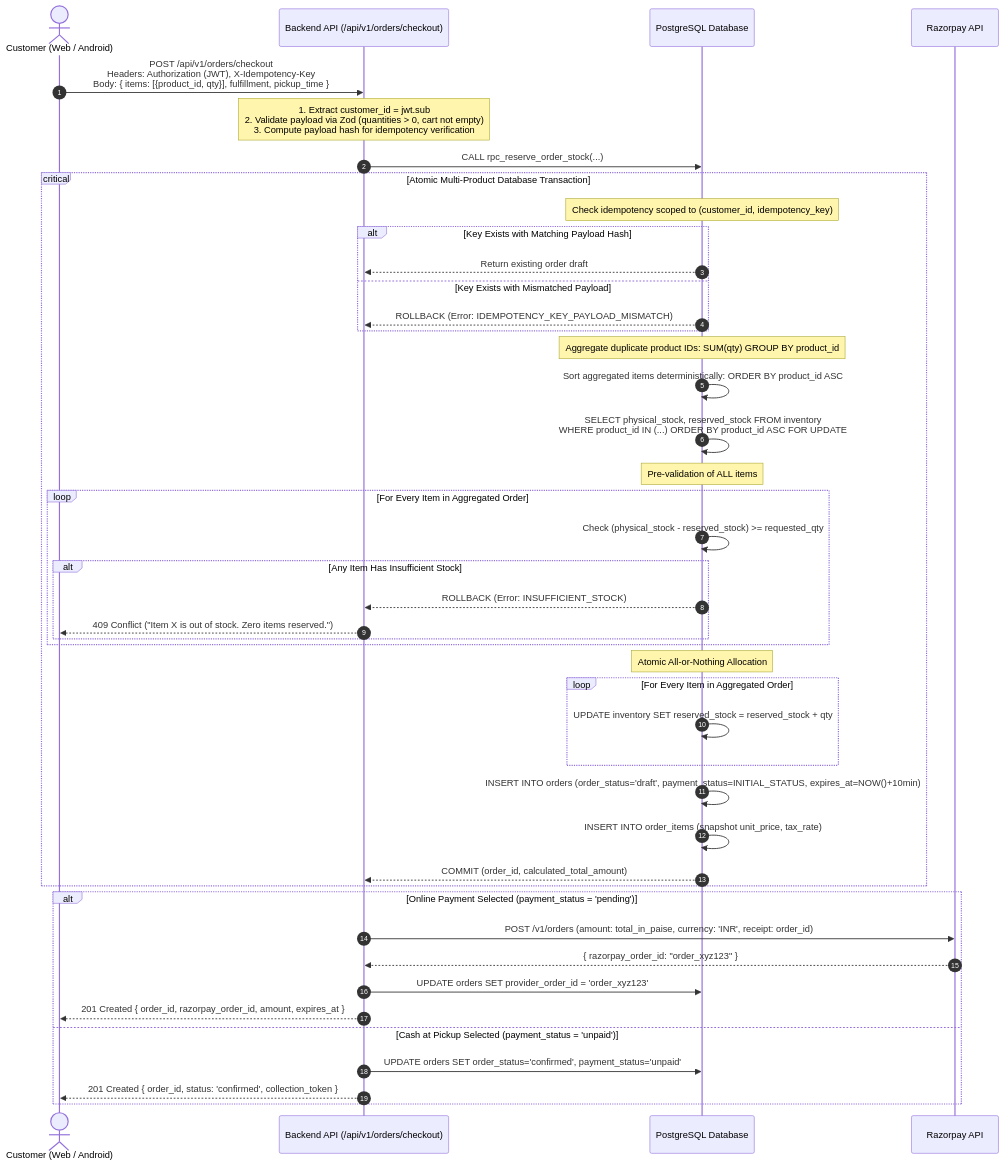
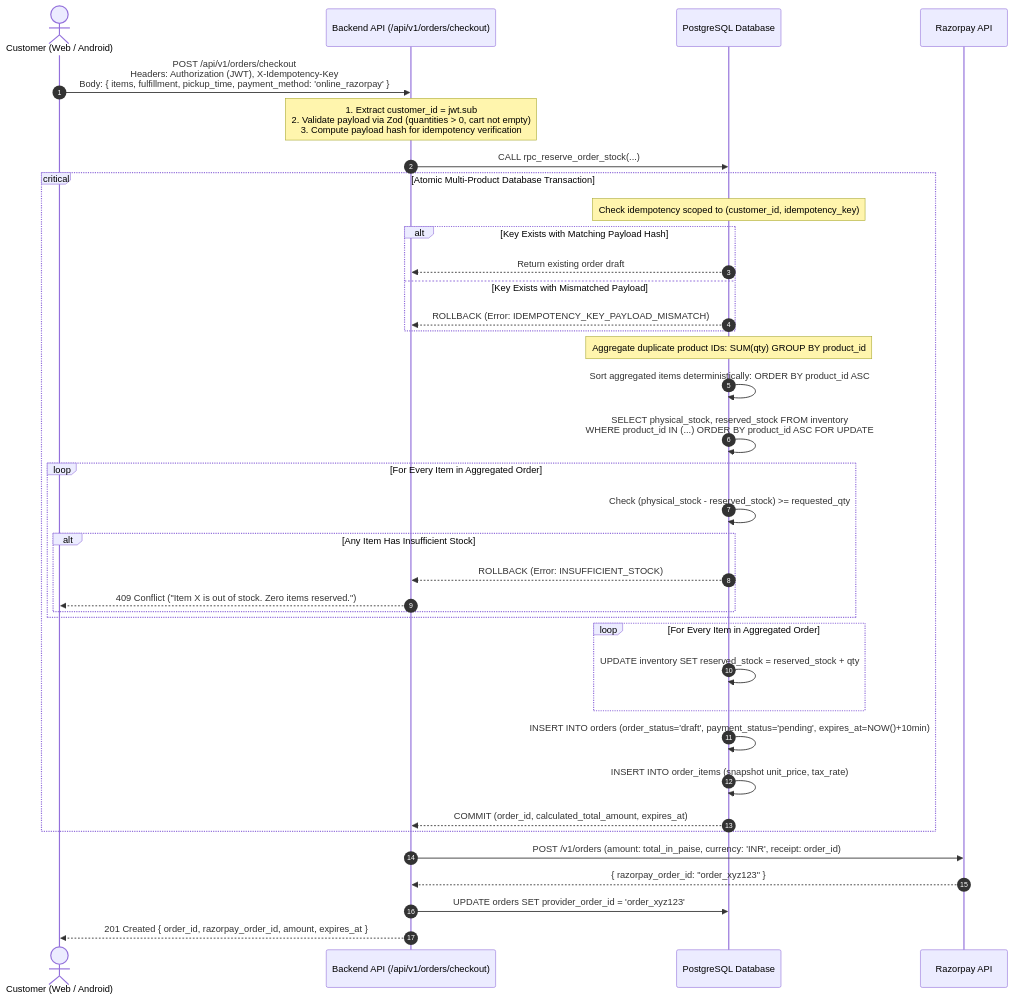
One commit to AbhinavKumar36/orange changed the second of 7 diagrams in docs/phase-0/SYSTEM_ARCHITECTURE.md. Above: the diagram before and after it, drawn with Mermaid. The commit also changed other lines of this file and 9 other files, not shown here.

First line of the commit message:
docs(phase-0): finalize architecture consistency, separated lifecycles, and security specifications (v1.4.1)

````diff
--- a/docs/phase-0/SYSTEM_ARCHITECTURE.md
+++ b/docs/phase-0/SYSTEM_ARCHITECTURE.md
@@ -144,53 +147,46 @@
 ```mermaid
 sequenceDiagram
     autonumber
     actor Customer as Customer (Web / Android)
     participant API as Backend API (/api/v1/orders/checkout)
     participant DB as PostgreSQL Database
     participant RP as Razorpay API
 
-    Customer->>API: POST /api/v1/orders/checkout<br/>Headers: Authorization (JWT), X-Idempotency-Key<br/>Body: { items: [{product_id, qty}], fulfillment, pickup_time }
+    Customer->>API: POST /api/v1/orders/checkout<br/>Headers: Authorization (JWT), X-Idempotency-Key<br/>Body: { items, fulfillment, pickup_time, payment_method: 'online_razorpay' }
     
     Note over API: 1. Extract customer_id = jwt.sub<br/>2. Validate payload via Zod (quantities > 0, cart not empty)<br/>3. Compute payload hash for idempotency verification
     API->>DB: CALL rpc_reserve_order_stock(...)
     
     critical Atomic Multi-Product Database Transaction
         Note over DB: Check idempotency scoped to (customer_id, idempotency_key)
         alt Key Exists with Matching Payload Hash
             DB-->>API: Return existing order draft
         else Key Exists with Mismatched Payload
             DB-->>API: ROLLBACK (Error: IDEMPOTENCY_KEY_PAYLOAD_MISMATCH)
         end
 
         Note over DB: Aggregate duplicate product IDs: SUM(qty) GROUP BY product_id
         DB->>DB: Sort aggregated items deterministically: ORDER BY product_id ASC
         DB->>DB: SELECT physical_stock, reserved_stock FROM inventory<br/>WHERE product_id IN (...) ORDER BY product_id ASC FOR UPDATE
         
-        Note over DB: Pre-validation of ALL items
         loop For Every Item in Aggregated Order
             DB->>DB: Check (physical_stock - reserved_stock) >= requested_qty
             alt Any Item Has Insufficient Stock
                 DB-->>API: ROLLBACK (Error: INSUFFICIENT_STOCK)
                 API-->>Customer: 409 Conflict ("Item X is out of stock. Zero items reserved.")
             end
         end
 
-        Note over DB: Atomic All-or-Nothing Allocation
         loop For Every Item in Aggregated Order
             DB->>DB: UPDATE inventory SET reserved_stock = reserved_stock + qty
         end
-        DB->>DB: INSERT INTO orders (order_status='draft', payment_status=INITIAL_STATUS, expires_at=NOW()+10min)
+        DB->>DB: INSERT INTO orders (order_status='draft', payment_status='pending', expires_at=NOW()+10min)
         DB->>DB: INSERT INTO order_items (snapshot unit_price, tax_rate)
-        DB-->>API: COMMIT (order_id, calculated_total_amount)
+        DB-->>API: COMMIT (order_id, calculated_total_amount, expires_at)
     end
 
-    alt Online Payment Selected (payment_status = 'pending')
-        API->>RP: POST /v1/orders (amount: total_in_paise, currency: 'INR', receipt: order_id)
-        RP-->>API: { razorpay_order_id: "order_xyz123" }
-        API->>DB: UPDATE orders SET provider_order_id = 'order_xyz123'
-        API-->>Customer: 201 Created { order_id, razorpay_order_id, amount, expires_at }
-    else Cash at Pickup Selected (payment_status = 'unpaid')
-        API->>DB: UPDATE orders SET order_status='confirmed', payment_status='unpaid'
-        API-->>Customer: 201 Created { order_id, status: 'confirmed', collection_token }
-    end
+    API->>RP: POST /v1/orders (amount: total_in_paise, currency: 'INR', receipt: order_id)
+    RP-->>API: { razorpay_order_id: "order_xyz123" }
+    API->>DB: UPDATE orders SET provider_order_id = 'order_xyz123'
+    API-->>Customer: 201 Created { order_id, razorpay_order_id, amount, expires_at }
 ```
````
